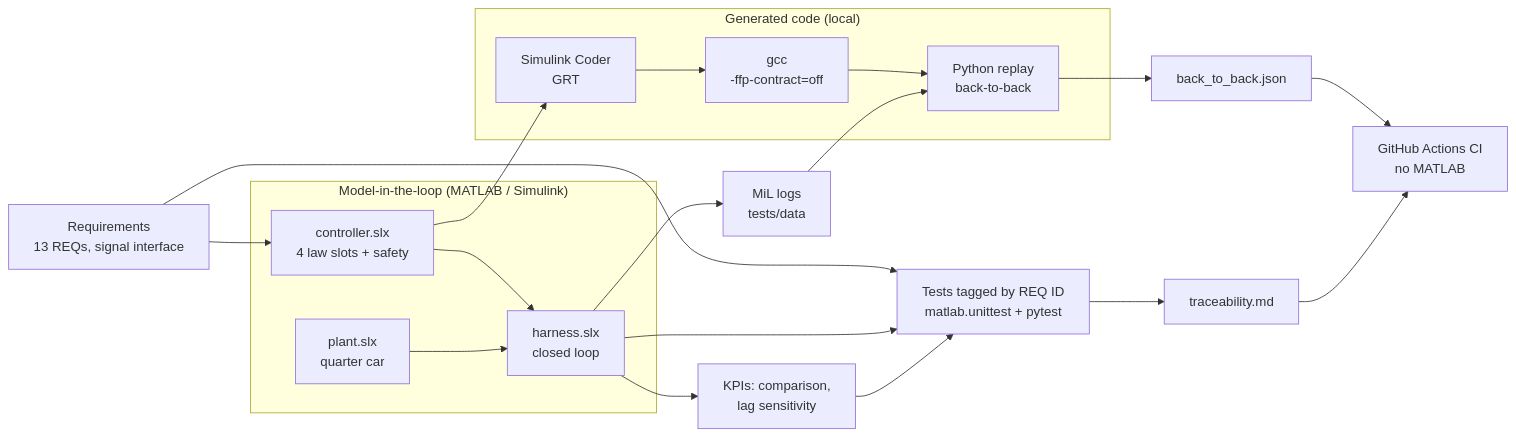
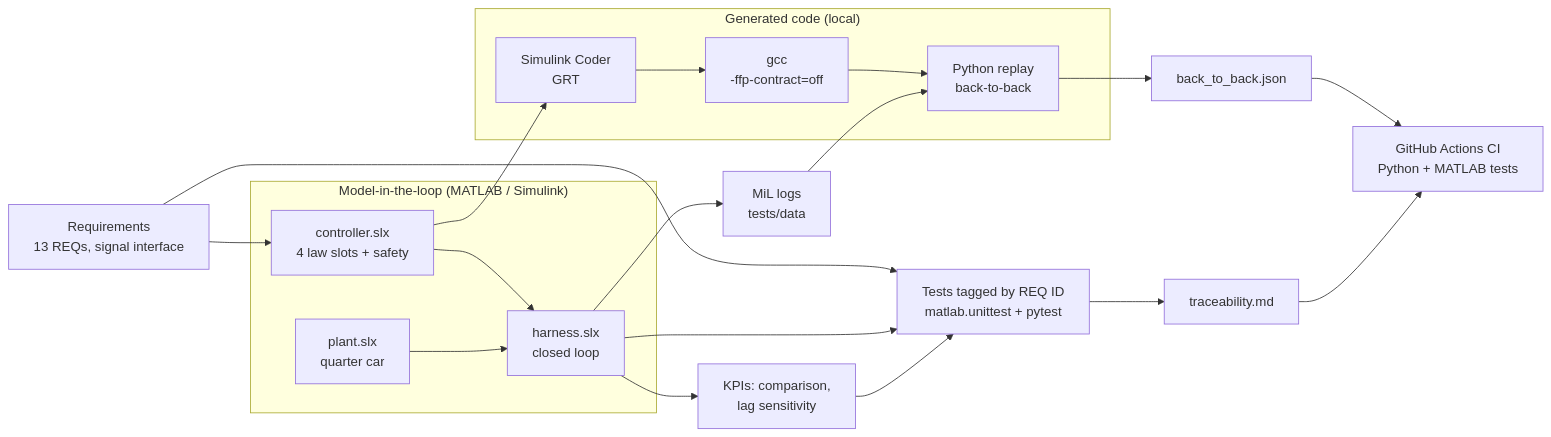
Before and after one commit to Thnktech/semiactive-damper-function: the diagram in README.md, drawn with Mermaid. The commit also changed other lines of this file and 4 other files, not shown here.

````diff
--- a/README.md
+++ b/README.md
@@ -22,26 +22,26 @@
 ```mermaid
 flowchart LR
     REQ["Requirements<br/>13 REQs, signal interface"]
     subgraph MIL["Model-in-the-loop (MATLAB / Simulink)"]
         CTRL["controller.slx<br/>4 law slots + safety"]
         PLANT["plant.slx<br/>quarter car"]
         HAR["harness.slx<br/>closed loop"]
         CTRL --> HAR
         PLANT --> HAR
     end
     subgraph CODE["Generated code (local)"]
         GEN["Simulink Coder<br/>GRT"] --> GCC["gcc<br/>-ffp-contract=off"] --> B2B["Python replay<br/>back-to-back"]
     end
     REQ --> CTRL
     REQ --> TESTS["Tests tagged by REQ ID<br/>matlab.unittest + pytest"]
     HAR --> KPI["KPIs: comparison,<br/>lag sensitivity"]
     HAR --> LOGS["MiL logs<br/>tests/data"]
     HAR --> TESTS
     KPI --> TESTS
     CTRL --> GEN
     LOGS --> B2B
     TESTS --> TRACE["traceability.md"]
     B2B --> REC["back_to_back.json"]
-    REC --> CI["GitHub Actions CI<br/>no MATLAB"]
+    REC --> CI["GitHub Actions CI<br/>Python + MATLAB tests"]
     TRACE --> CI
 ```
````
